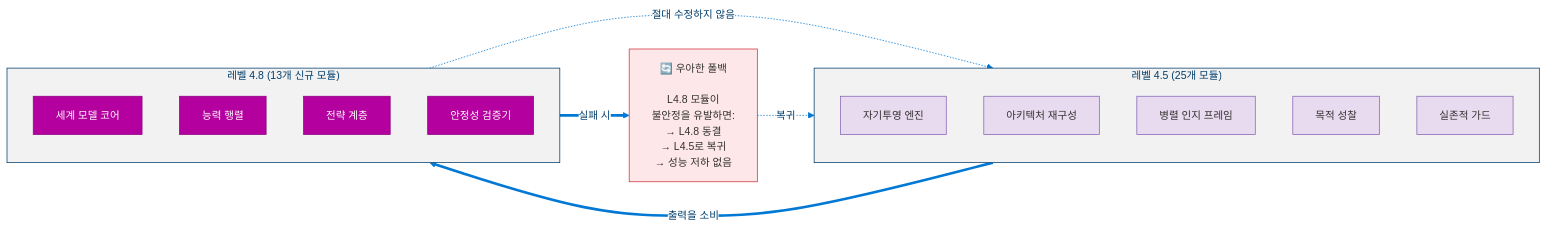
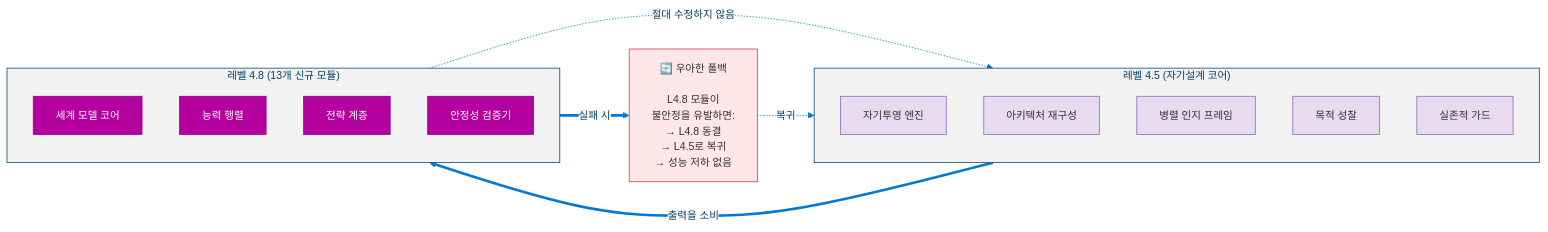
The second of 17 diagrams in docs/levels/Level_4_8_Strategic_Self_Modeling.ko.md (dotnetpower/mscp), drawn with Mermaid before and after one commit. The commit also changed other lines of this file and 16 other files, not shown here.

````diff
--- a/docs/levels/Level_4_8_Strategic_Self_Modeling.ko.md
+++ b/docs/levels/Level_4_8_Strategic_Self_Modeling.ko.md
@@ -94,29 +119,29 @@
 ```mermaid
 %%{init: {'theme': 'base', 'themeVariables': {'primaryColor': '#0078D4', 'primaryTextColor': '#003D6B', 'primaryBorderColor': '#003D6B', 'secondaryColor': '#50E6FF', 'secondaryTextColor': '#323130', 'secondaryBorderColor': '#00BCF2', 'tertiaryColor': '#F2F2F2', 'tertiaryTextColor': '#323130', 'lineColor': '#0078D4', 'textColor': '#323130', 'mainBkg': '#DEECF9', 'nodeBorder': '#0078D4', 'clusterBkg': '#F2F2F2', 'clusterBorder': '#003D6B', 'titleColor': '#003D6B', 'edgeLabelBackground': '#FFFFFF', 'fontSize': '14px'}}}%%
 flowchart LR
   classDef l45 fill:#E8DAEF,stroke:#8764B8,color:#323130
   classDef l48 fill:#B4009E,stroke:#8E0082,color:#FFF
   classDef fallback fill:#FDE7E9,stroke:#D13438,color:#323130
 
-  subgraph L45["레벨 4.5 (25개 모듈)"]
+  subgraph L45["레벨 4.5 (자기설계 코어)"]
     L45A["자기투영 엔진"]:::l45
     L45B["아키텍처 재구성"]:::l45
     L45C["병렬 인지 프레임"]:::l45
     L45D["목적 성찰"]:::l45
     L45E["실존적 가드"]:::l45
   end
 
   subgraph L48["레벨 4.8 (13개 신규 모듈)"]
     L48A["세계 모델 코어"]:::l48
     L48B["능력 행렬"]:::l48
     L48C["전략 계층"]:::l48
     L48D["안정성 검증기"]:::l48
   end
 
   FALLBACK["🔄 우아한 폴백<br/><br/>L4.8 모듈이<br/>불안정을 유발하면:<br/>→ L4.8 동결<br/>→ L4.5로 복귀<br/>→ 성능 저하 없음"]:::fallback
 
   L45 ==>|"출력을 소비"| L48
   L48 -.->|"절대 수정하지 않음"| L45
   L48 ==>|"실패 시"| FALLBACK
   FALLBACK -.->|"복귀"| L45
 ```
````
